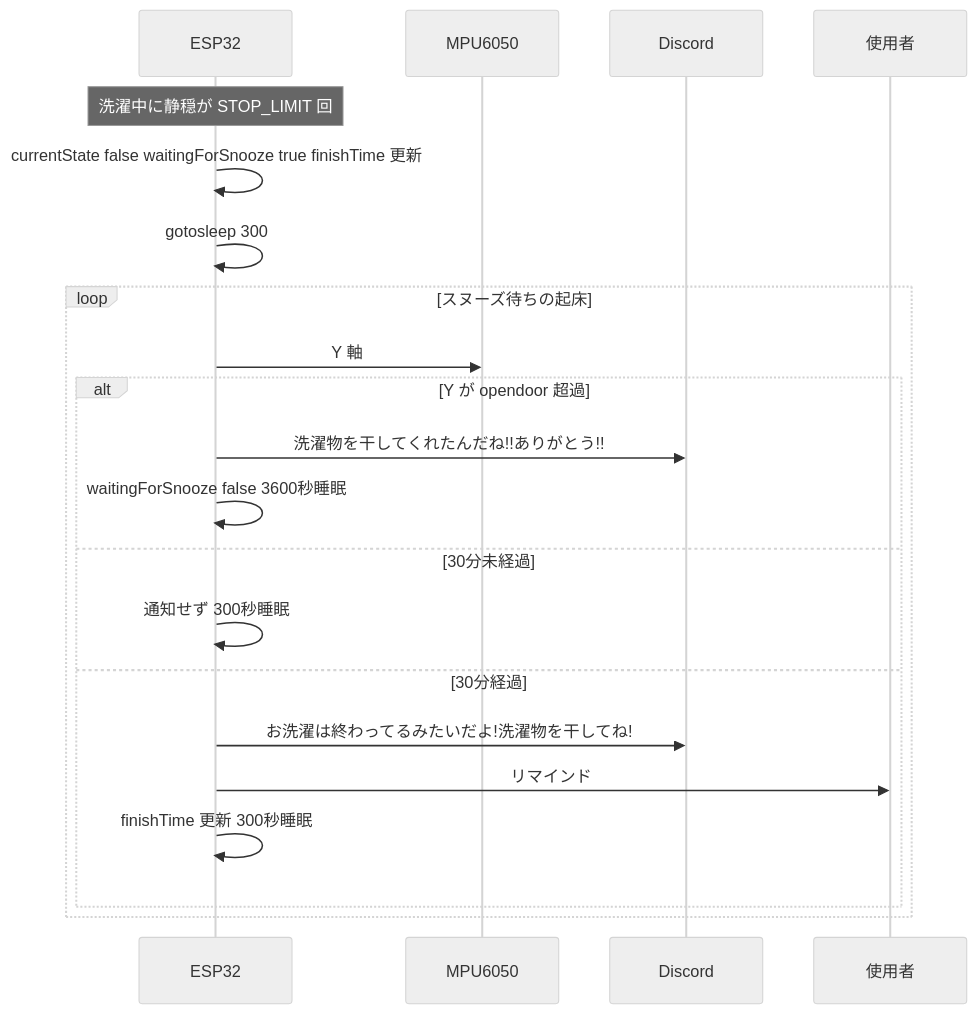
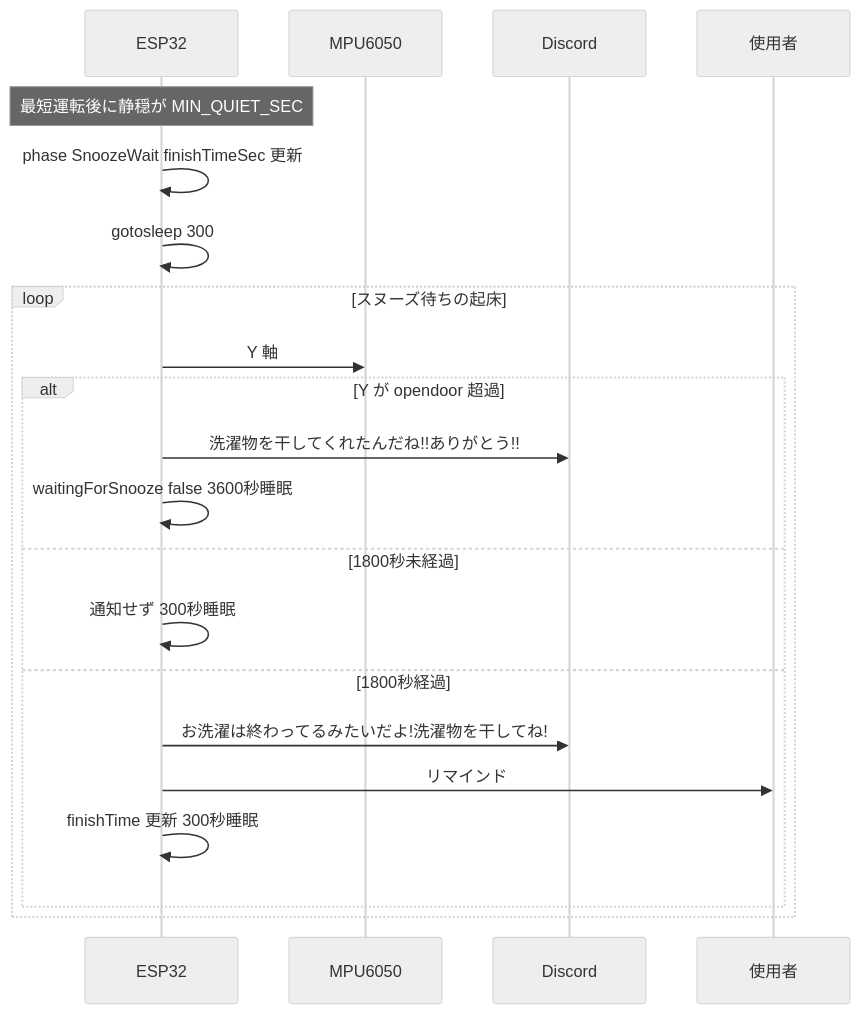
One commit to ayappy-mugicha/washing-machine-sensor-for-ESP changed the fourth of 5 diagrams in docs/README.md. Above: the diagram before and after it, drawn with Mermaid (neutral theme). The commit also changed other lines of this file, not shown here.

````diff
--- a/docs/README.md
+++ b/docs/README.md
@@ -176,24 +185,24 @@
 ```mermaid
 sequenceDiagram
   participant ESP as ESP32
   participant MPU as MPU6050
   participant Discord as Discord
   participant User as 使用者
 
-  Note over ESP: 洗濯中に静穏が STOP_LIMIT 回
-  ESP->>ESP: currentState false waitingForSnooze true finishTime 更新
+  Note over ESP: 最短運転後に静穏が MIN_QUIET_SEC
+  ESP->>ESP: phase SnoozeWait finishTimeSec 更新
   ESP->>ESP: gotosleep 300
   loop スヌーズ待ちの起床
     ESP->>MPU: Y 軸
     alt Y が opendoor 超過
       ESP->>Discord: 洗濯物を干してくれたんだね!!ありがとう!!
       ESP->>ESP: waitingForSnooze false 3600秒睡眠
-    else 30分未経過
+    else 1800秒未経過
       ESP->>ESP: 通知せず 300秒睡眠
-    else 30分経過
+    else 1800秒経過
       ESP->>Discord: お洗濯は終わってるみたいだよ!洗濯物を干してね!
       ESP->>User: リマインド
       ESP->>ESP: finishTime 更新 300秒睡眠
     end
   end
 ```
````
